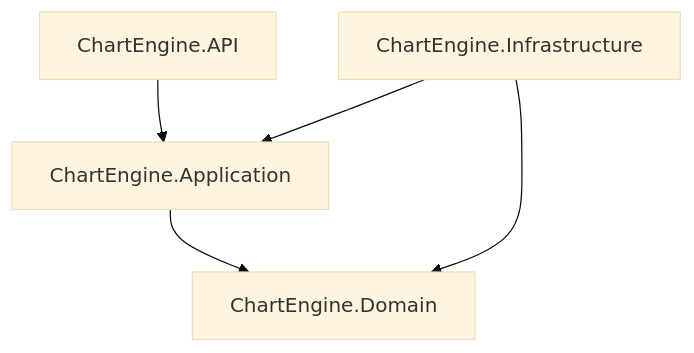
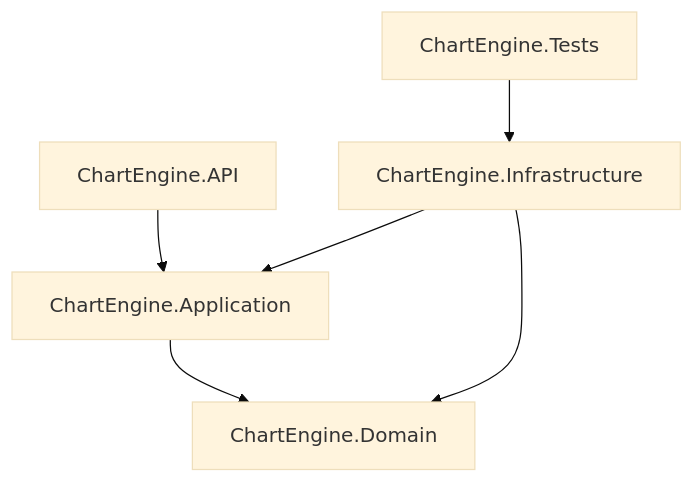
The first of 3 diagrams in README.md (UdaraAventude/chart-engine-server), drawn with Mermaid (base theme) before and after one commit. The commit also changed other lines of this file, not shown here.

````diff
--- a/README.md
+++ b/README.md
@@ -11,7 +35,8 @@
 ```mermaid
 graph TD
     API[ChartEngine.API] --> Application[ChartEngine.Application]
     Infrastructure[ChartEngine.Infrastructure] --> Application
     Infrastructure --> Domain[ChartEngine.Domain]
     Application --> Domain
+    Tests[ChartEngine.Tests] --> Infrastructure
 ```
````
